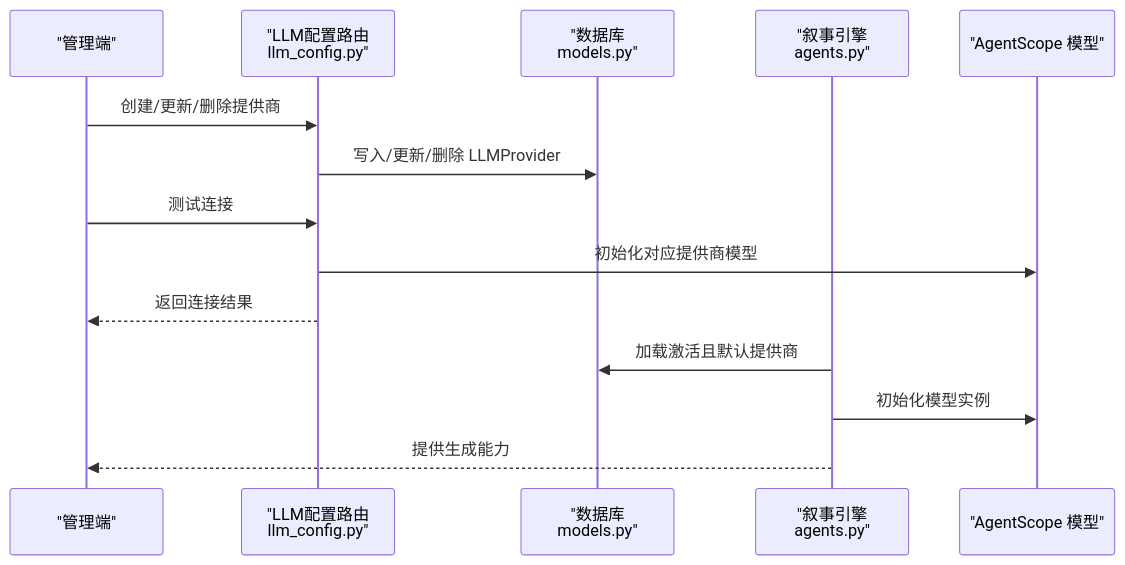
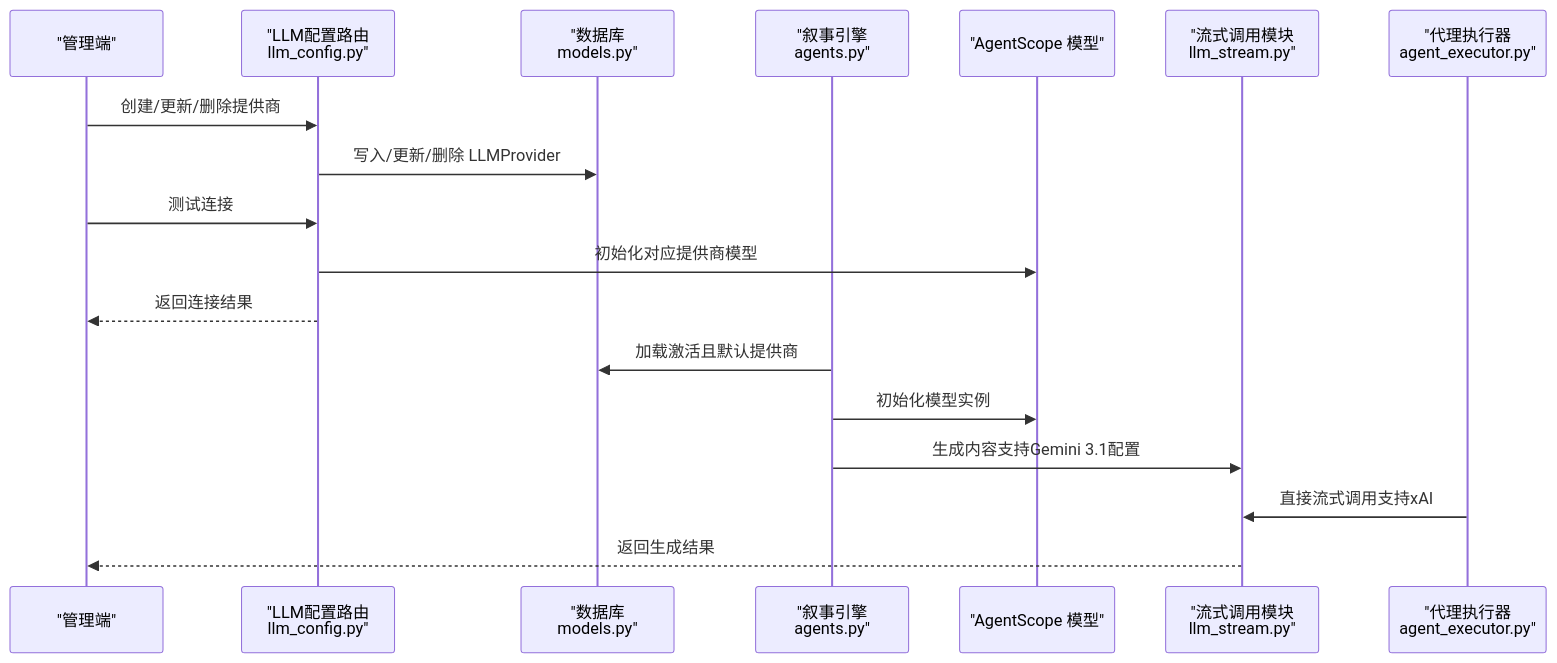
One commit to KunLabAI/KunFlix changed the second of 9 diagrams in .qoder/repowiki/zh/content/后台管理系统/LLM提供商管理.md. Above: the diagram before and after it, drawn with Mermaid. The commit also changed other lines of this file and 25 other files, not shown here.

````diff
--- a/.qoder/repowiki/zh/content/后台管理系统/LLM提供商管理.md
+++ b/.qoder/repowiki/zh/content/后台管理系统/LLM提供商管理.md
@@ -94,16 +128,20 @@
 ```mermaid
 sequenceDiagram
 participant Admin as "管理端"
 participant API as "LLM配置路由<br/>llm_config.py"
 participant DB as "数据库<br/>models.py"
 participant NE as "叙事引擎<br/>agents.py"
 participant AS as "AgentScope 模型"
+participant GS as "流式调用模块<br/>llm_stream.py"
+participant AE as "代理执行器<br/>agent_executor.py"
 Admin->>API : 创建/更新/删除提供商
 API->>DB : 写入/更新/删除 LLMProvider
 Admin->>API : 测试连接
 API->>AS : 初始化对应提供商模型
 API-->>Admin : 返回连接结果
 NE->>DB : 加载激活且默认提供商
 NE->>AS : 初始化模型实例
-NE-->>Admin : 提供生成能力
+NE->>GS : 生成内容支持Gemini 3.1配置
+AE->>GS : 直接流式调用支持xAI
+GS-->>Admin : 返回生成结果
 ```
````
